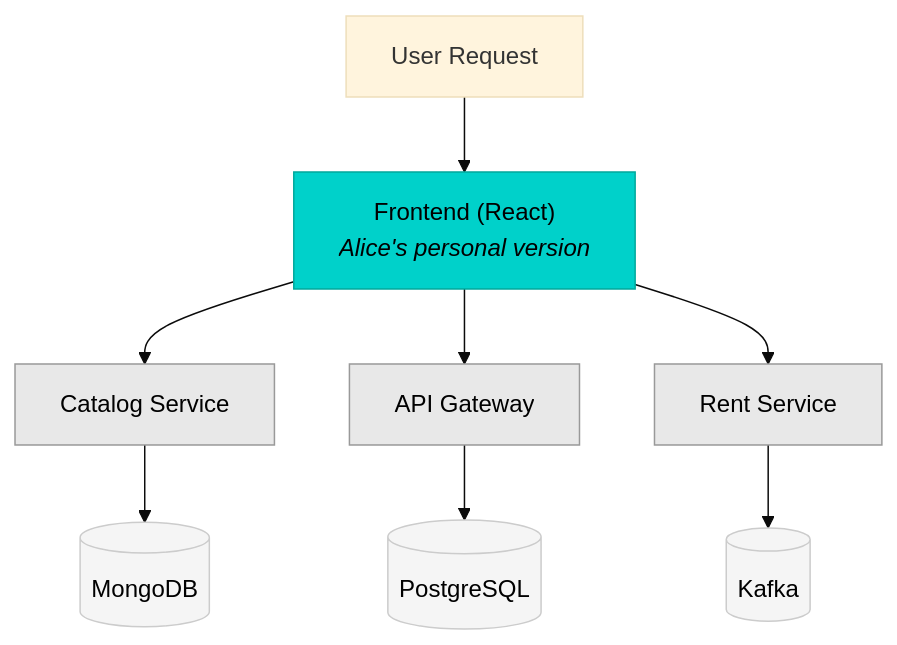
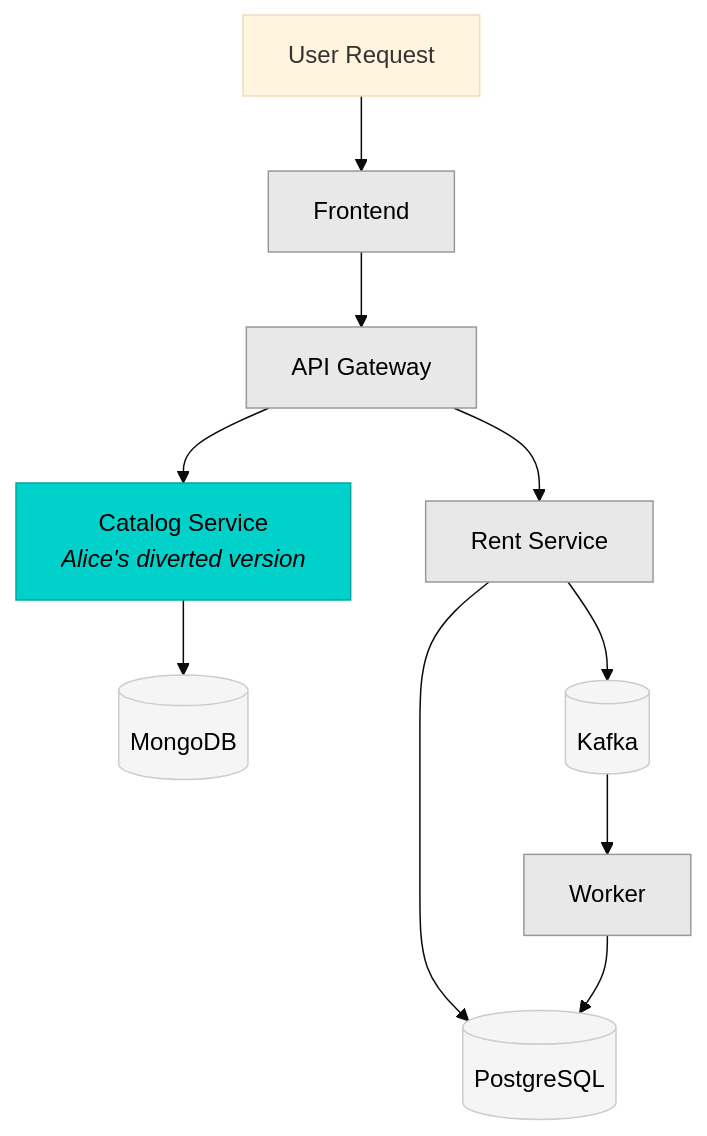
The diagram in src/content/core/divert.mdx (okteto/docs), drawn with Mermaid (base theme) before and after one commit. The commit also changed other lines of this file and 3 other files, not shown here.

````diff
--- a/src/content/core/divert.mdx
+++ b/src/content/core/divert.mdx
@@ -124,27 +124,30 @@
 ```mermaid
 graph TB
     User[User Request]
-    Frontend["Frontend (React)<br/><em>Alice's personal version</em>"]
-    Catalog[Catalog Service]
+    Frontend[Frontend]
     API[API Gateway]
+    Catalog["Catalog Service<br/><em>Alice's diverted version</em>"]
     Rent[Rent Service]
+    Worker[Worker]
     MongoDB[(MongoDB)]
     PostgreSQL[(PostgreSQL)]
     Kafka[(Kafka)]
 
     User --> Frontend
-    Frontend --> Catalog
     Frontend --> API
-    Frontend --> Rent
+    API --> Catalog
+    API --> Rent
     Catalog --> MongoDB
-    API --> PostgreSQL
+    Rent --> PostgreSQL
     Rent --> Kafka
+    Kafka --> Worker
+    Worker --> PostgreSQL
 
     classDef personal fill:#00d1ca,stroke:#00a89c,color:#000
     classDef shared fill:#e8e8e8,stroke:#999,color:#000
     classDef infrastructure fill:#f5f5f5,stroke:#ccc,color:#000
 
-    class Frontend personal
-    class Catalog,API,Rent shared
+    class Catalog personal
+    class Frontend,API,Rent,Worker shared
     class MongoDB,PostgreSQL,Kafka infrastructure
 ```
````
